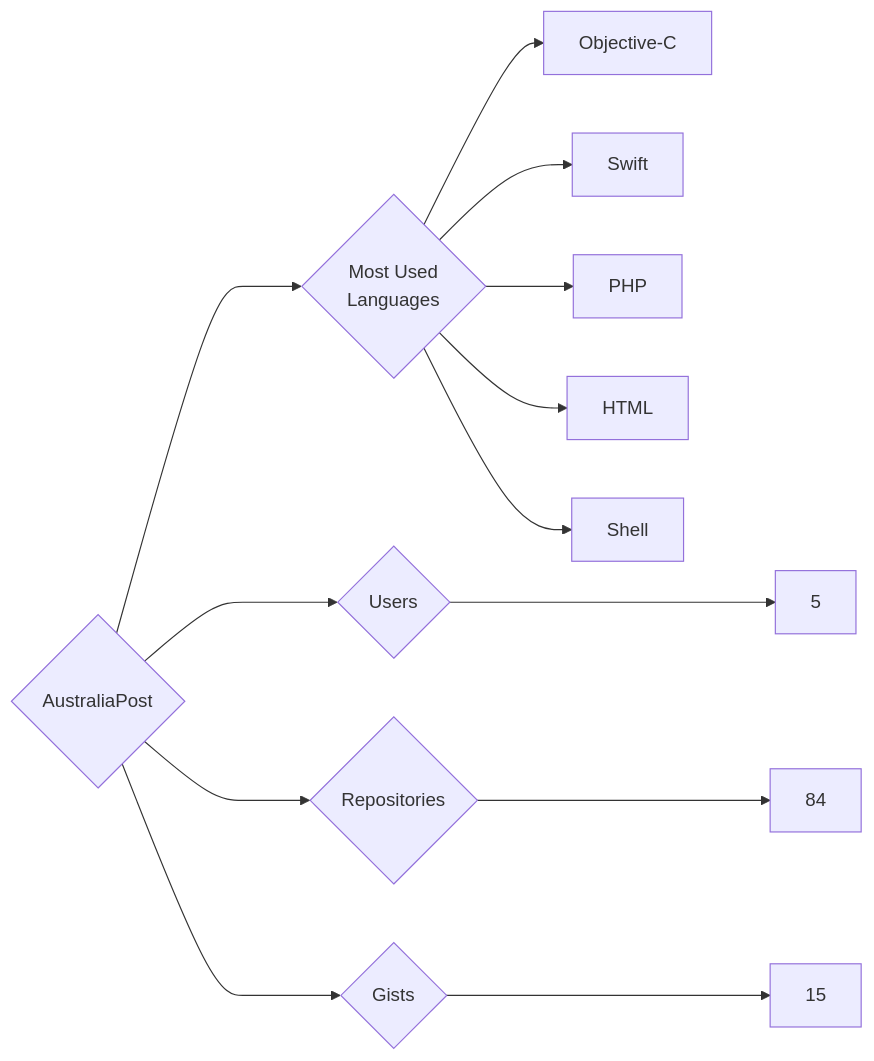
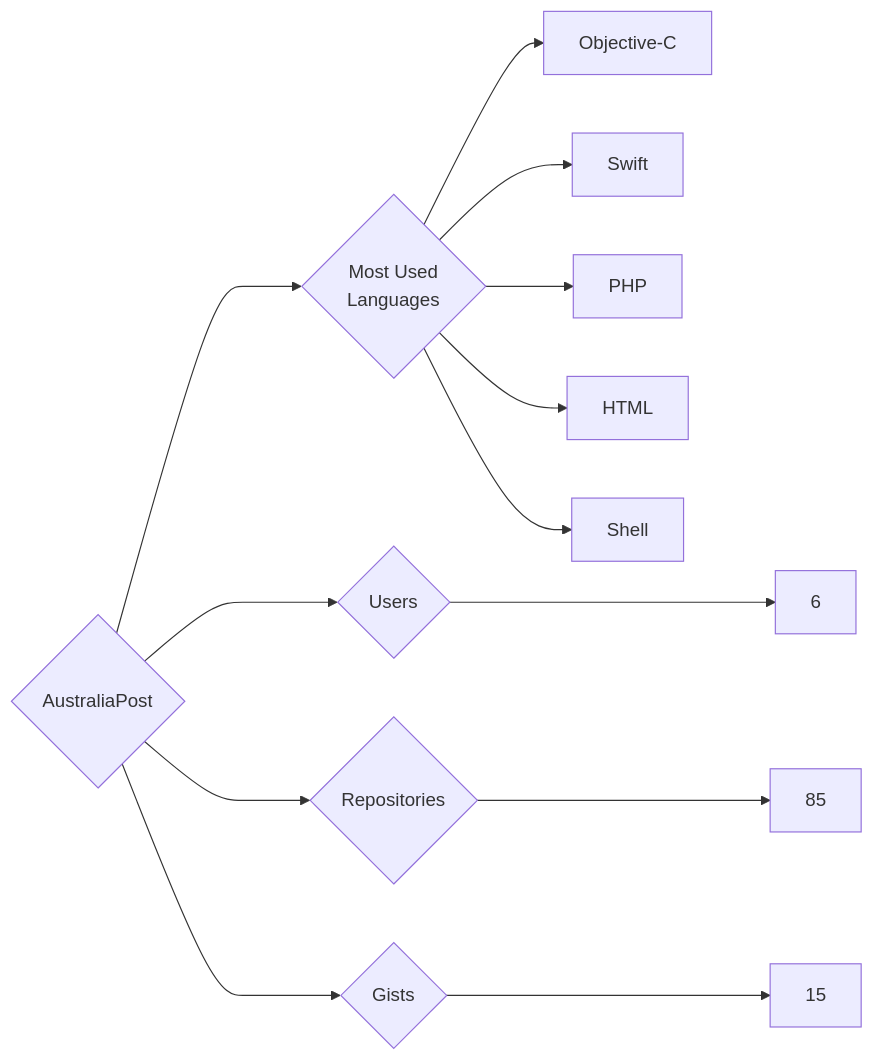
The diagram in targets/AustraliaPost/README.md (trickest/insiders), drawn with Mermaid before and after one commit. The commit also changed 1089 other files, not shown here.

````diff
--- a/targets/AustraliaPost/README.md
+++ b/targets/AustraliaPost/README.md
@@ -3,13 +3,13 @@
 ```mermaid
 graph LR
 COMPANY_NAME{AustraliaPost}
-COMPANY_NAME ---> U{Users} ---> UN[5]
-COMPANY_NAME ---> R{Repositories} ---> RN[84]
+COMPANY_NAME ---> U{Users} ---> UN[6]
+COMPANY_NAME ---> R{Repositories} ---> RN[85]
 COMPANY_NAME ---> G{Gists} ---> GN[15]
 COMPANY_NAME ---> ML{Most Used<br>Languages}
 ML --> Objective-C[Objective-C]
 ML --> Swift[Swift]
 ML --> PHP[PHP]
 ML --> HTML[HTML]
 ML --> Shell[Shell]
 ```
````
